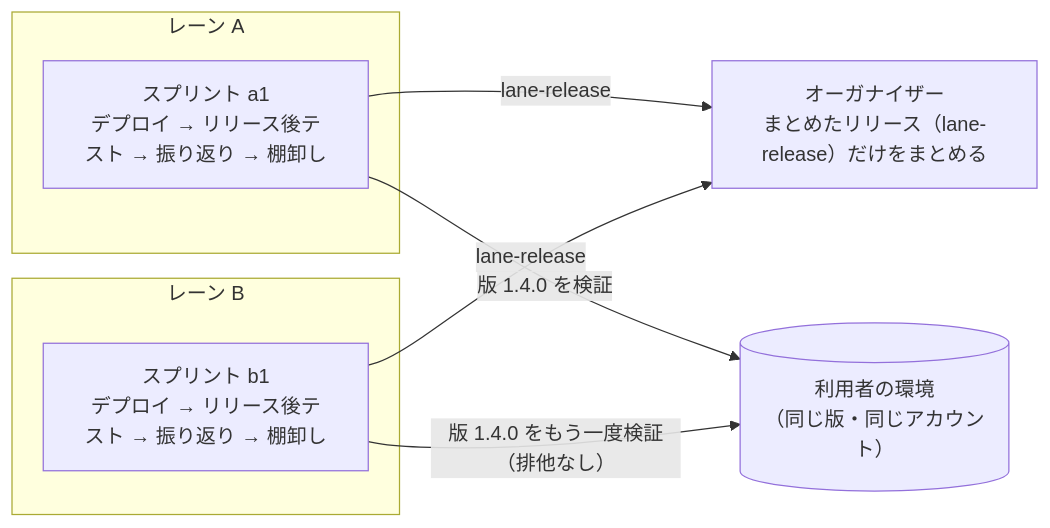
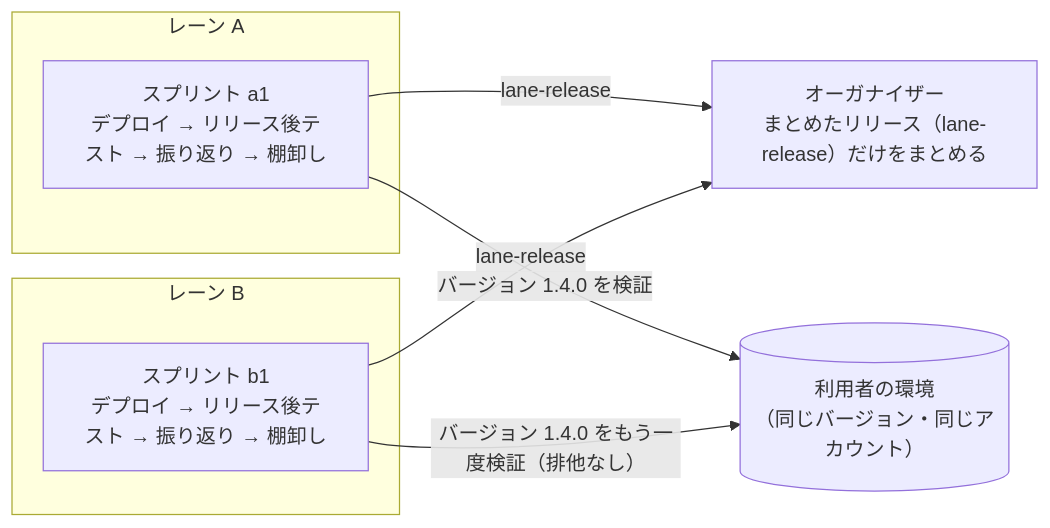
One commit to devbasex/ai-plugins changed the first of 3 diagrams in issues/issue-4211-design.md. Above: the diagram before and after it, drawn with Mermaid. The commit also changed other lines of this file and 1 other file, not shown here.

````diff
--- a/issues/issue-4211-design.md
+++ b/issues/issue-4211-design.md
@@ -9,15 +9,15 @@
 ```mermaid
 flowchart LR
   subgraph L1["レーン A"]
     A["スプリント a1<br>デプロイ → リリース後テスト → 振り返り → 棚卸し"]
   end
   subgraph L2["レーン B"]
     B["スプリント b1<br>デプロイ → リリース後テスト → 振り返り → 棚卸し"]
   end
   O["オーガナイザー<br>まとめたリリース（lane-release）だけをまとめる"]
-  E[("利用者の環境<br>（同じ版・同じアカウント）")]
+  E[("利用者の環境<br>（同じバージョン・同じアカウント）")]
   A -- "lane-release" --> O
   B -- "lane-release" --> O
-  A -- "版 1.4.0 を検証" --> E
-  B -- "版 1.4.0 をもう一度検証（排他なし）" --> E
+  A -- "バージョン 1.4.0 を検証" --> E
+  B -- "バージョン 1.4.0 をもう一度検証（排他なし）" --> E
 ```
````
